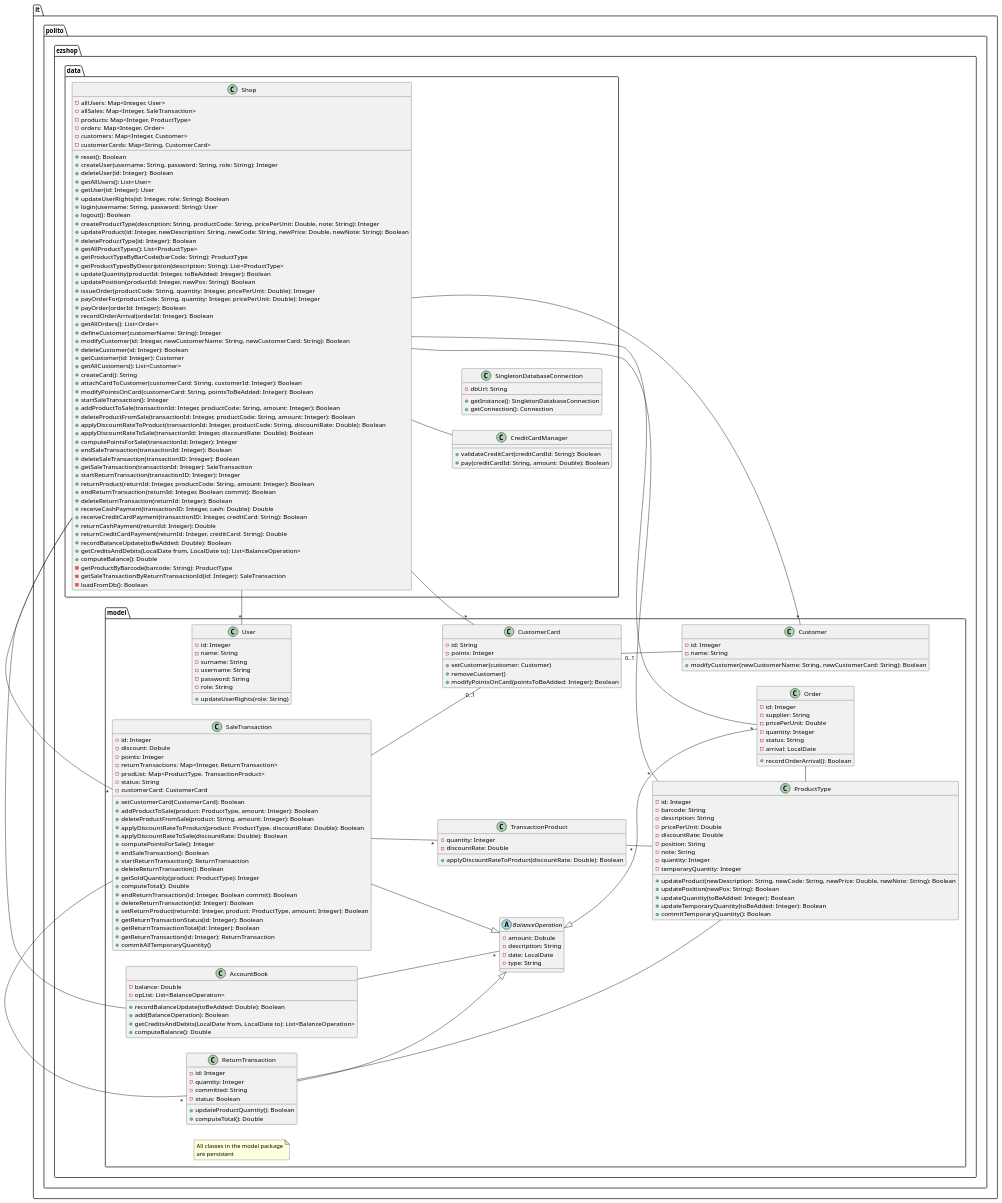
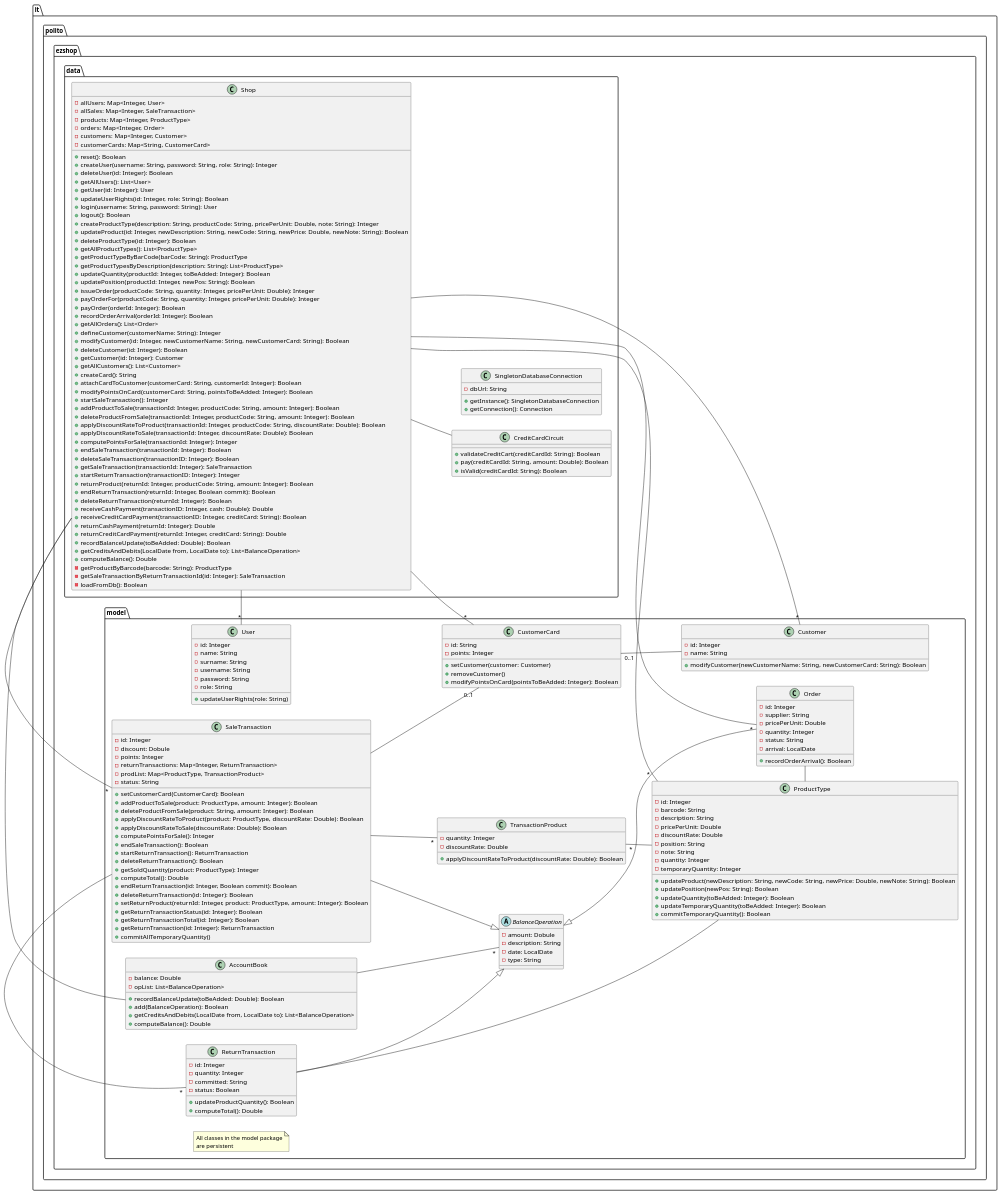
The second of 13 diagrams in Deliverables/DesignDocument.md (MatteoBattilana/EzShop), drawn with PlantUML before and after one commit. The commit also changed other lines of this file, not shown here.

```diff
--- a/Deliverables/DesignDocument.md
+++ b/Deliverables/DesignDocument.md
@@ -72,9 +72,10 @@
       + getInstance(): SingletonDatabaseConnection
       + getConnection(): Connection
     }
-  class CreditCardManager {
+  class CreditCardCircuit {
     + validateCreditCart(creditCardId: String): Boolean
     + pay(creditCardId: String, amount: Double): Boolean
+    + isValid(creditCardId: String): Boolean
   }
   class Shop {
     - allUsers: Map<Integer, User>
@@ -138,8 +139,8 @@
   }
   Shop -[hidden]-> SingletonDatabaseConnection
 
-    Shop -- CreditCardManager
-    Shop -[hidden]-> CreditCardManager
+    Shop -- CreditCardCircuit
+    Shop -[hidden]-> CreditCardCircuit
 }
 
 package it.polito.ezshop.model {
@@ -205,7 +206,6 @@
       - returnTransactions: Map<Integer, ReturnTransaction>
       - prodList: Map<ProductType, TransactionProduct>
       - status: String
-      - customerCard: CustomerCard
       + setCustomerCard(CustomerCard): Boolean
       + addProductToSale(product: ProductType, amount: Integer): Boolean
       + deleteProductFromSale(product: String, amount: Integer): Boolean
```
